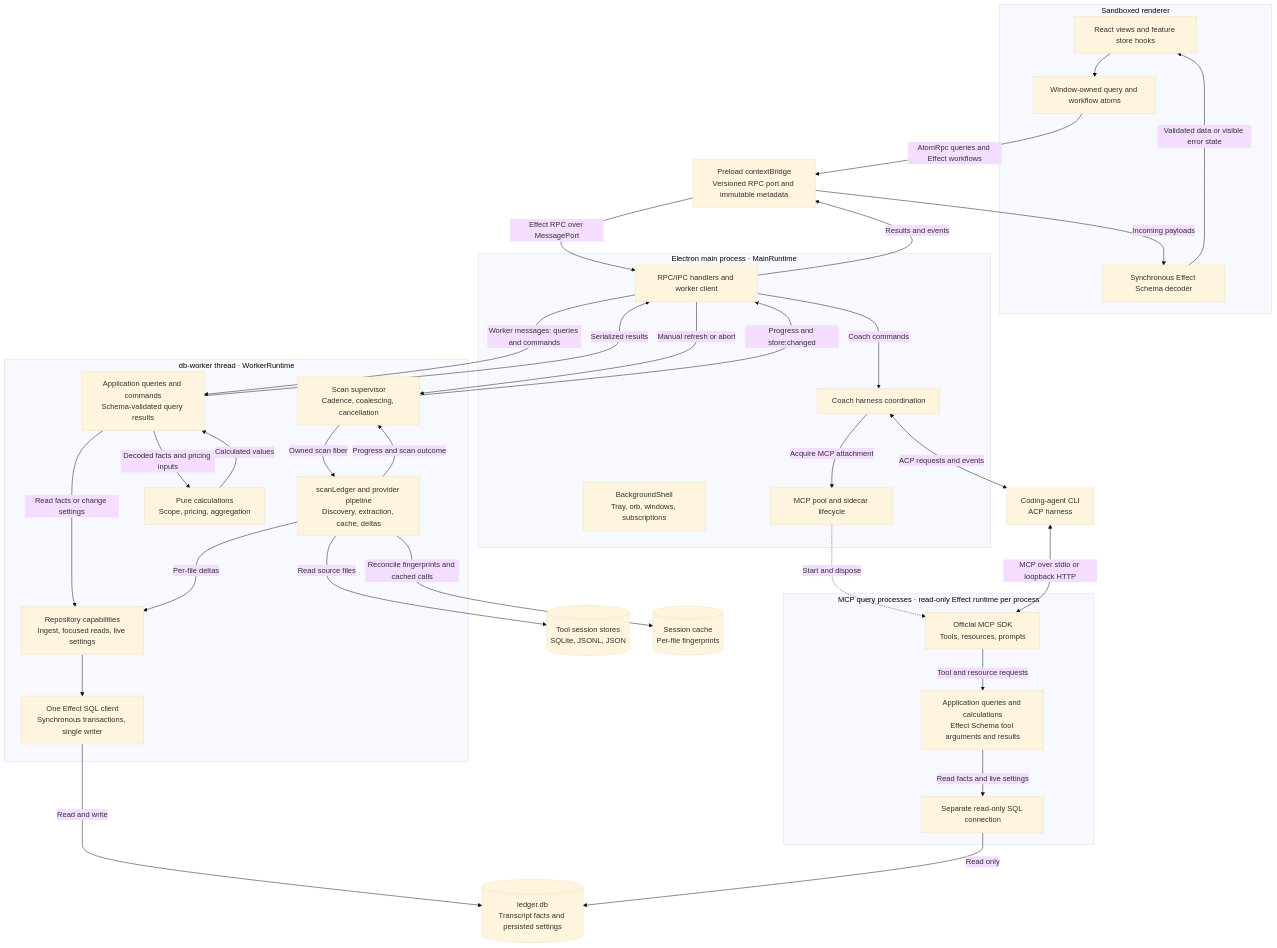
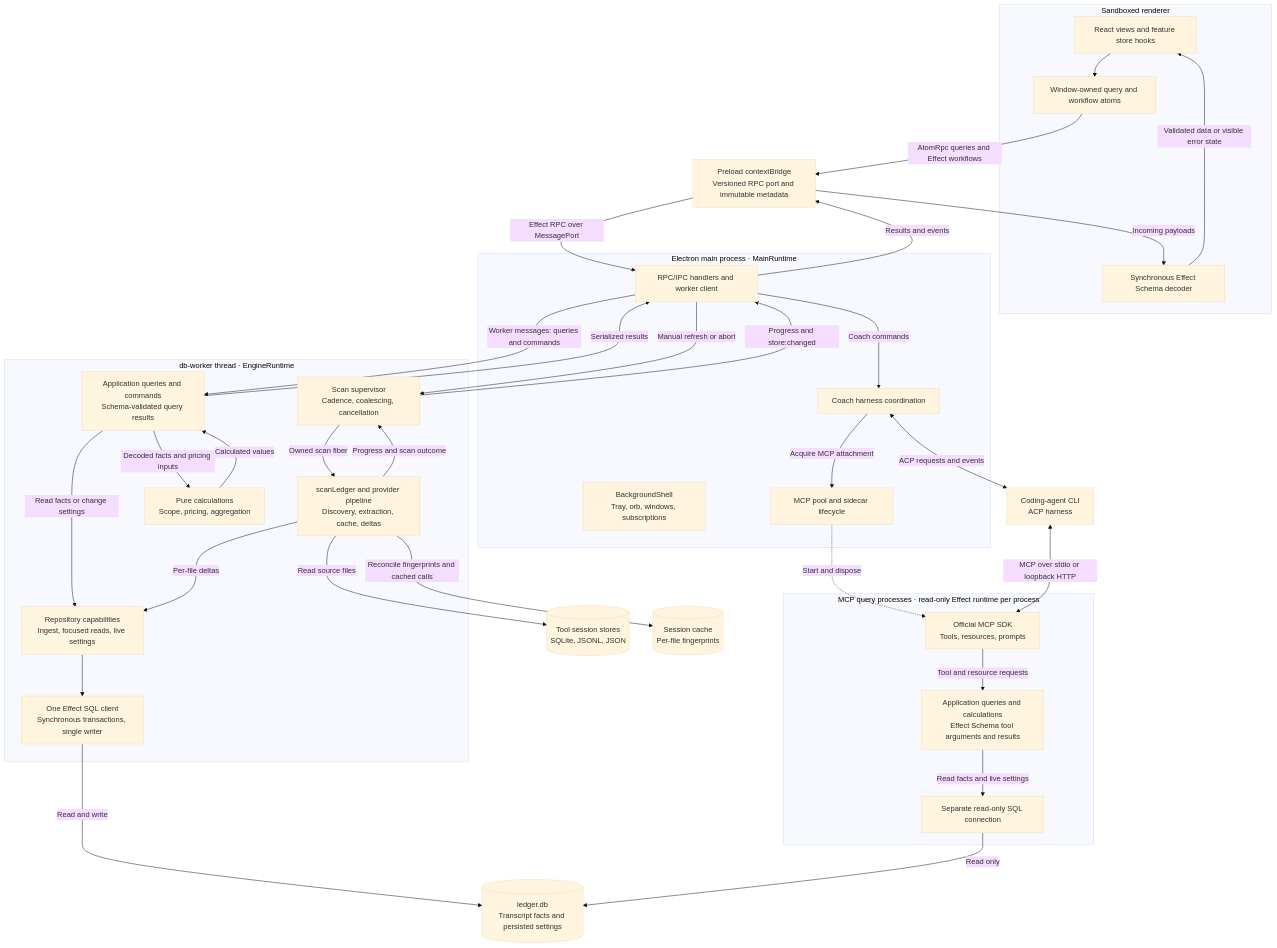
Before and after one commit to Pasquale-Favella/watchtower: the diagram in docs/architecture.md, drawn with Mermaid (base theme). The commit also changed other lines of this file and 1108 other files, not shown here.

````diff
--- a/docs/architecture.md
+++ b/docs/architecture.md
@@ -16,69 +94,69 @@
 ```mermaid
 flowchart TB
     subgraph renderer["Sandboxed renderer"]
         ui["React views and feature store hooks"]
         workflows["Window-owned query and workflow atoms"]
         decoder["Synchronous Effect Schema decoder"]
         ui --> workflows
         workflows ~~~ decoder
     end
 
     preload["Preload contextBridge<br/>Versioned RPC port and immutable metadata"]
 
     subgraph main["Electron main process · MainRuntime"]
         ipc["RPC/IPC handlers and worker client"]
         shell["BackgroundShell<br/>Tray, orb, windows, subscriptions"]
         coach["Coach harness coordination"]
         pool["MCP pool and sidecar lifecycle"]
     end
 
-    subgraph worker["db-worker thread · WorkerRuntime"]
+    subgraph worker["db-worker thread · EngineRuntime"]
         supervisor["Scan supervisor<br/>Cadence, coalescing, cancellation"]
         scan["scanLedger and provider pipeline<br/>Discovery, extraction, cache, deltas"]
         queries["Application queries and commands<br/>Schema-validated query results"]
         calculations["Pure calculations<br/>Scope, pricing, aggregation"]
         repository["Repository capabilities<br/>Ingest, focused reads, live settings"]
         sql["One Effect SQL client<br/>Synchronous transactions, single writer"]
     end
 
     subgraph mcp["MCP query processes · read-only Effect runtime per process"]
         sdk["Official MCP SDK<br/>Tools, resources, prompts"]
         mcpQueries["Application queries and calculations<br/>Effect Schema tool arguments and results"]
         mcpSql["Separate read-only SQL connection"]
     end
 
     harness["Coding-agent CLI<br/>ACP harness"]
     sources[("Tool session stores<br/>SQLite, JSONL, JSON")]
     cache[("Session cache<br/>Per-file fingerprints")]
     ledger[("ledger.db<br/>Transcript facts and persisted settings")]
 
     workflows -->|"AtomRpc queries and Effect workflows"| preload
     preload -->|"Effect RPC over MessagePort"| ipc
     ipc -->|"Results and events"| preload
     preload -->|"Incoming payloads"| decoder
     decoder -->|"Validated data or visible error state"| ui
 
     ipc -->|"Worker messages: queries and commands"| queries
     queries -->|"Read facts or change settings"| repository
     queries -->|"Decoded facts and pricing inputs"| calculations
     calculations -->|"Calculated values"| queries
     queries -->|"Serialized results"| ipc
     ipc -->|"Manual refresh or abort"| supervisor
     supervisor -->|"Owned scan fiber"| scan
     scan -->|"Read source files"| sources
     scan -->|"Reconcile fingerprints and cached calls"| cache
     scan -->|"Per-file deltas"| repository
     repository --> sql
     sql -->|"Read and write"| ledger
     scan -->|"Progress and scan outcome"| supervisor
     supervisor -->|"Progress and store:changed"| ipc
 
     ipc -->|"Coach commands"| coach
     coach <-->|"ACP requests and events"| harness
     pool -.->|"Start and dispose"| sdk
     coach -->|"Acquire MCP attachment"| pool
     harness <-->|"MCP over stdio or loopback HTTP"| sdk
     sdk -->|"Tool and resource requests"| mcpQueries
     mcpQueries -->|"Read facts and live settings"| mcpSql
     mcpSql -->|"Read only"| ledger
 ```
````
